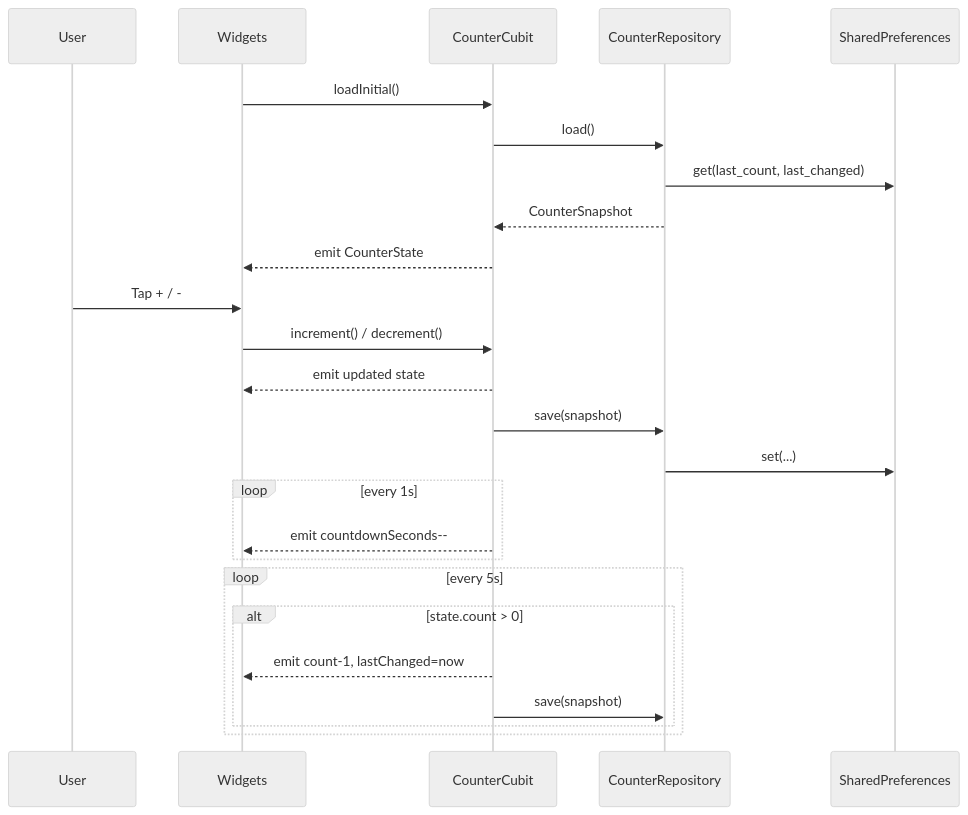
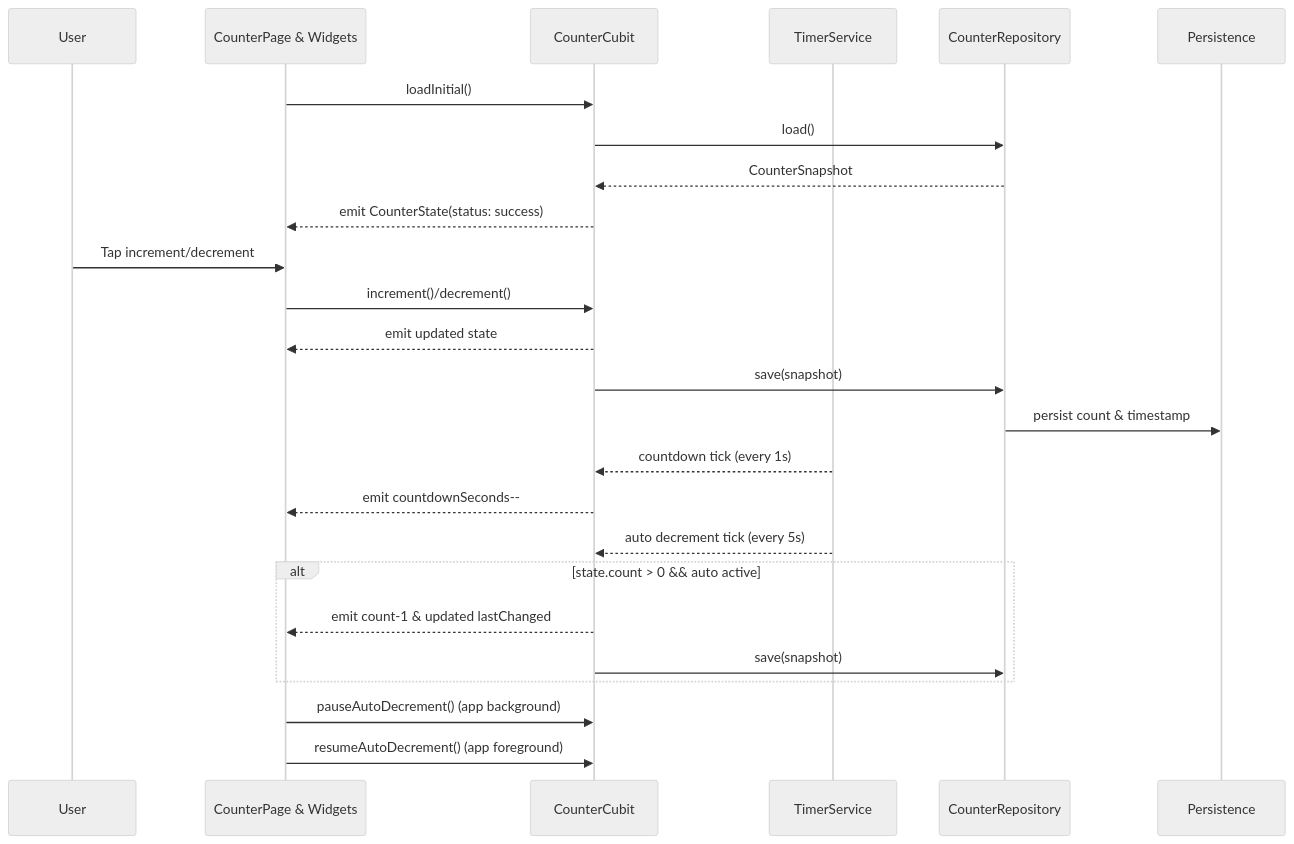
The second of 3 diagrams in README.md (redjadet/flutter_bloc_app), drawn with Mermaid (neutral theme) before and after one commit. The commit also changed other lines of this file, not shown here.

First line of the commit message:
Enhance README with updated architecture diagrams and feature organization

````diff
--- a/README.md
+++ b/README.md
@@ -93,31 +120,32 @@
 ```mermaid
 sequenceDiagram
   participant User
-  participant View as Widgets
+  participant View as CounterPage & Widgets
   participant Cubit as CounterCubit
+  participant Timer as TimerService
   participant Repo as CounterRepository
-  participant Store as SharedPreferences
+  participant Store as Persistence
 
   View->>Cubit: loadInitial()
   Cubit->>Repo: load()
-  Repo->>Store: get(last_count, last_changed)
   Repo-->>Cubit: CounterSnapshot
-  Cubit-->>View: emit CounterState
+  Cubit-->>View: emit CounterState(status: success)
 
-  User->>View: Tap + / -
-  View->>Cubit: increment() / decrement()
+  User->>View: Tap increment/decrement
+  View->>Cubit: increment()/decrement()
   Cubit-->>View: emit updated state
   Cubit->>Repo: save(snapshot)
-  Repo->>Store: set(...)
+  Repo->>Store: persist count & timestamp
 
-  loop every 1s
-    Cubit-->>View: emit countdownSeconds--
+  Timer-->>Cubit: countdown tick (every 1s)
+  Cubit-->>View: emit countdownSeconds--
+
+  Timer-->>Cubit: auto decrement tick (every 5s)
+  alt state.count > 0 && auto active
+    Cubit-->>View: emit count-1 & updated lastChanged
+    Cubit->>Repo: save(snapshot)
   end
 
-  loop every 5s
-    alt state.count > 0
-      Cubit-->>View: emit count-1, lastChanged=now
-      Cubit->>Repo: save(snapshot)
-    end
-  end
+  View->>Cubit: pauseAutoDecrement() (app background)
+  View->>Cubit: resumeAutoDecrement() (app foreground)
 ```
````
